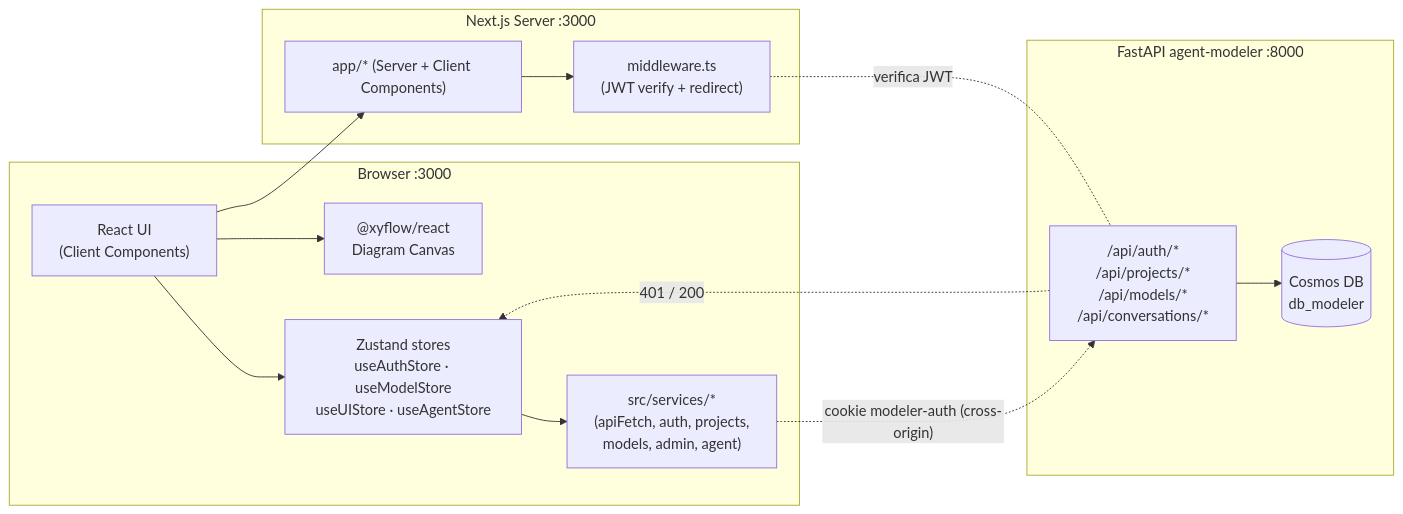
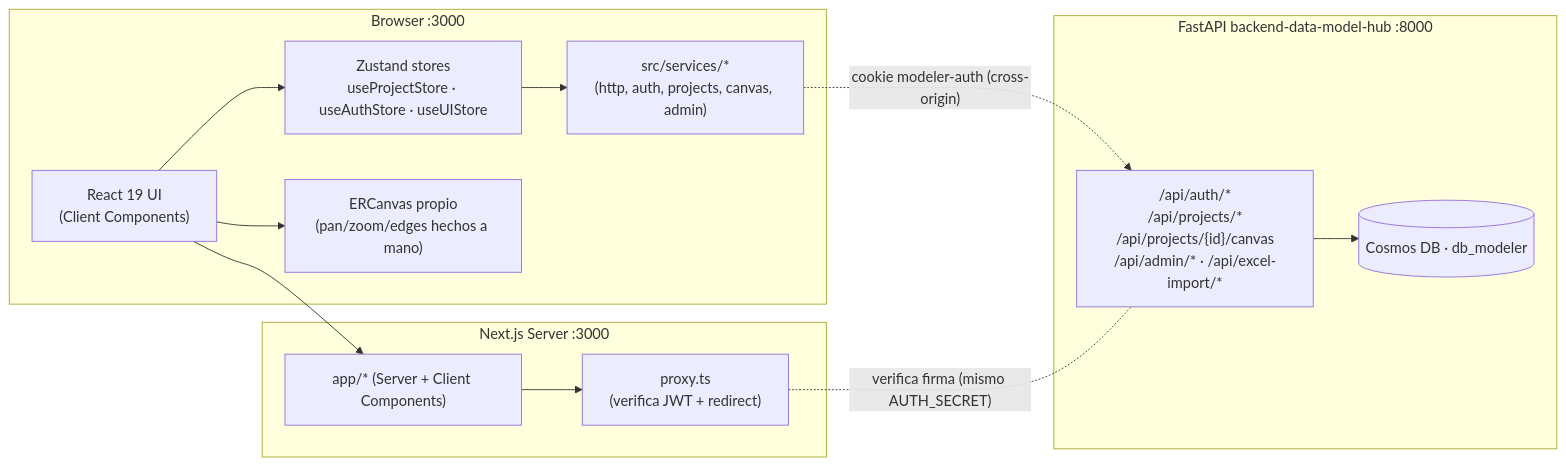
The first of 3 diagrams in doc/architecture.md (Carlosmps97/web-data-model-hub), drawn with Mermaid before and after one commit. The commit also changed other lines of this file and 118 other files, not shown here.

````diff
--- a/doc/architecture.md
+++ b/doc/architecture.md
@@ -24,29 +11,27 @@
 ```mermaid
 flowchart LR
     subgraph Browser["Browser :3000"]
-        UI["React UI<br/>(Client Components)"]
-        ZS["Zustand stores<br/>useAuthStore · useModelStore<br/>useUIStore · useAgentStore"]
-        RF["@xyflow/react<br/>Diagram Canvas"]
-        SVC["src/services/*<br/>(apiFetch, auth, projects,<br/>models, admin, agent)"]
+        UI["React 19 UI<br/>(Client Components)"]
+        ZS["Zustand stores<br/>useProjectStore · useAuthStore · useUIStore"]
+        ER["ERCanvas propio<br/>(pan/zoom/edges hechos a mano)"]
+        SVC["src/services/*<br/>(http, auth, projects, canvas, admin)"]
     end
 
     subgraph Server["Next.js Server :3000"]
-        MID["middleware.ts<br/>(JWT verify + redirect)"]
+        PXY["proxy.ts<br/>(verifica JWT + redirect)"]
         PAGES["app/* (Server + Client Components)"]
     end
 
-    subgraph Backend["FastAPI agent-modeler :8000"]
-        FAPI["/api/auth/*<br/>/api/projects/*<br/>/api/models/*<br/>/api/conversations/*"]
-        DB[("Cosmos DB<br/>db_modeler")]
+    subgraph Backend["FastAPI backend-data-model-hub :8000"]
+        FAPI["/api/auth/*<br/>/api/projects/*<br/>/api/projects/{id}/canvas<br/>/api/admin/* · /api/excel-import/*"]
+        DB[("Cosmos DB · db_modeler")]
         FAPI --> DB
     end
 
-    UI --> ZS
-    ZS --> SVC
-    UI --> RF
+    UI --> ZS --> SVC
+    UI --> ER
     UI --> PAGES
     SVC -.cookie modeler-auth (cross-origin).-> FAPI
-    PAGES --> MID
-    MID -. verifica JWT .- FAPI
-    FAPI -.401 / 200.-> ZS
+    PAGES --> PXY
+    PXY -. verifica firma (mismo AUTH_SECRET) .- FAPI
 ```
````
